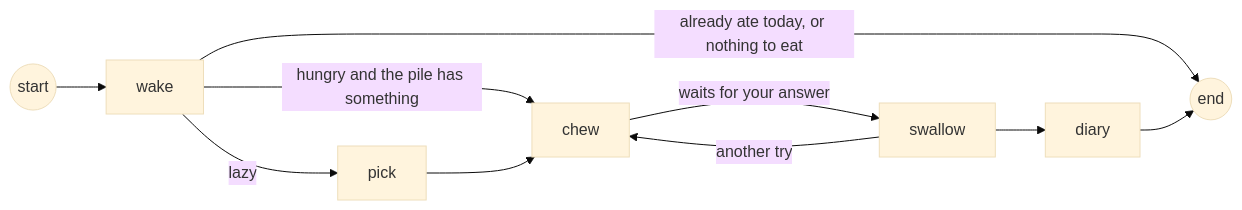
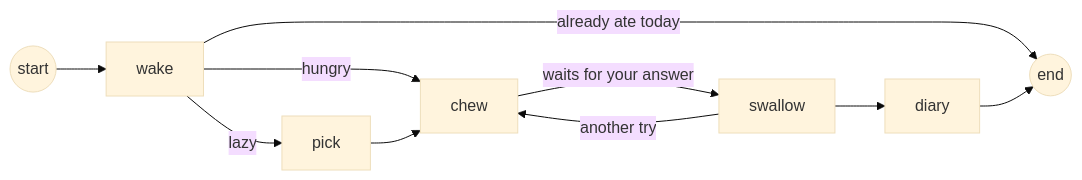
The diagram in README.md (deeptelar/peresos), drawn with Mermaid (base theme) before and after one commit. The commit also changed other lines of this file and 1 other file, not shown here.

````diff
--- a/README.md
+++ b/README.md
@@ -231,10 +103,10 @@
 ```mermaid
 flowchart LR
     S((start)) --> wake
-    wake -->|hungry and the pile has something| chew
+    wake -->|hungry| chew
     wake -->|lazy| pick --> chew
-    wake -->|already ate today, or nothing to eat| E((end))
+    wake -->|already ate today| E((end))
     chew -->|"waits for your answer"| swallow
     swallow -->|another try| chew
     swallow --> diary --> E
 ```
````
